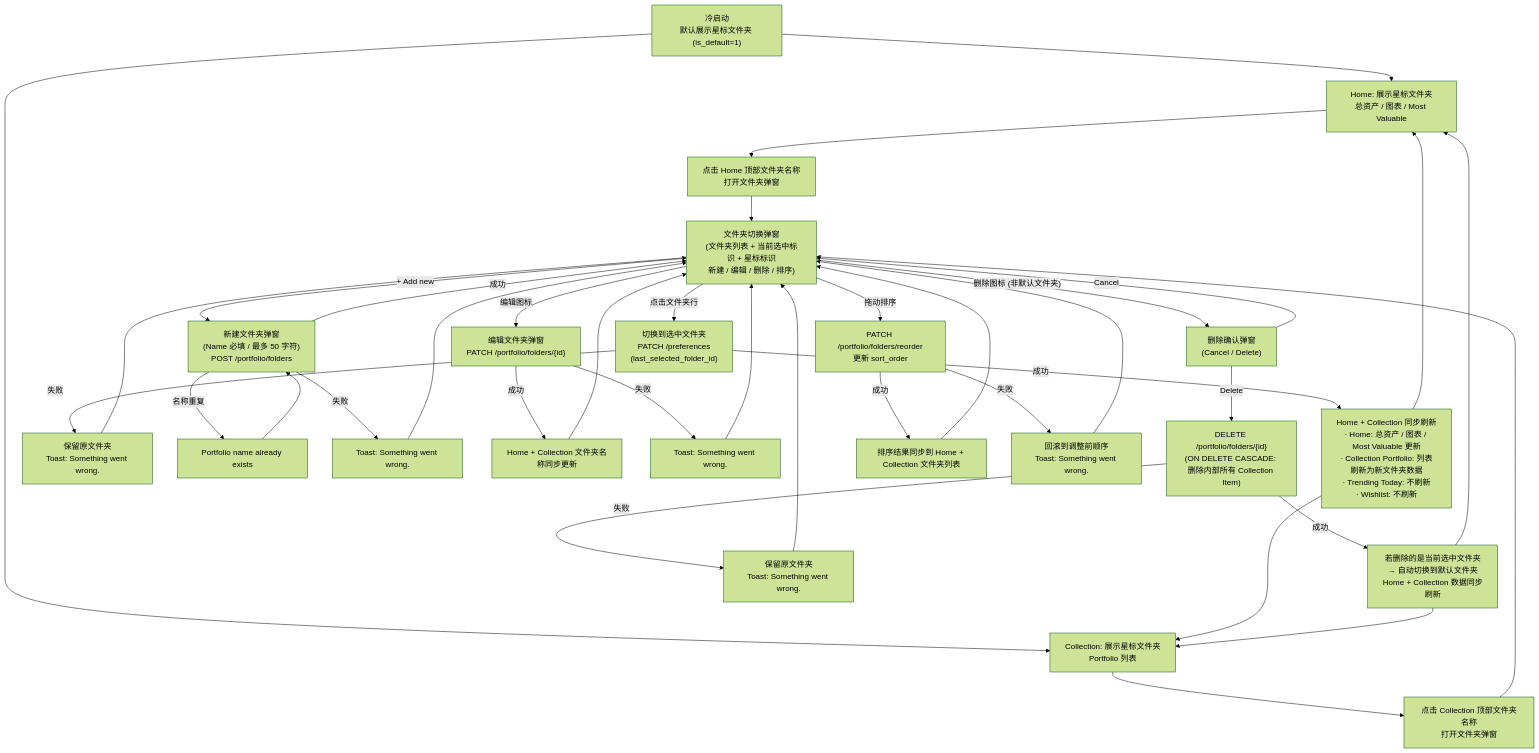
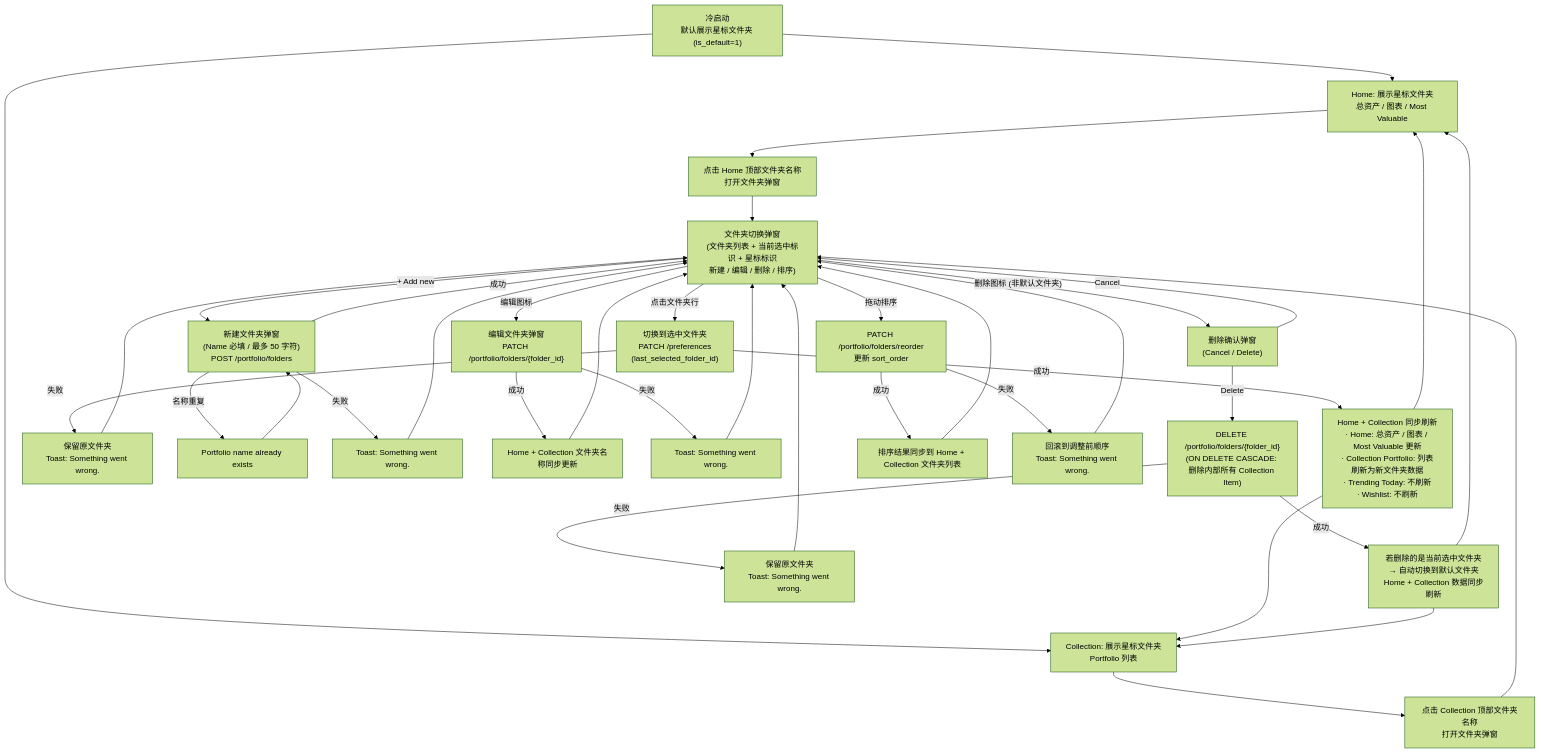
Before and after one commit to kando6370-wq/toccards: the fifth of 6 diagrams in docs/tcg-card/01-flows/flows.md, drawn with Mermaid (forest theme). The commit also changed other lines of this file and 1 other file, not shown here.

````diff
--- a/docs/tcg-card/01-flows/flows.md
+++ b/docs/tcg-card/01-flows/flows.md
@@ -298,48 +302,48 @@
 ```mermaid
 flowchart TD
     COLD_START["冷启动\n默认展示星标文件夹 (is_default=1)"]
     COLD_START --> HOME_SHOW["Home: 展示星标文件夹\n总资产 / 图表 / Most Valuable"]
     COLD_START --> COL_SHOW["Collection: 展示星标文件夹\nPortfolio 列表"]
 
     HOME_SHOW --> CLICK_FOLDER_HOME["点击 Home 顶部文件夹名称\n打开文件夹弹窗"]
     COL_SHOW --> CLICK_FOLDER_COL["点击 Collection 顶部文件夹名称\n打开文件夹弹窗"]
 
     CLICK_FOLDER_HOME --> FOLDER_MODAL["文件夹切换弹窗\n(文件夹列表 + 当前选中标识 + 星标标识\n新建 / 编辑 / 删除 / 排序)"]
     CLICK_FOLDER_COL --> FOLDER_MODAL
 
     FOLDER_MODAL -->|"点击文件夹行"| SWITCH_FOLDER["切换到选中文件夹\nPATCH /preferences\n(last_selected_folder_id)"]
     SWITCH_FOLDER -->|"成功"| REFRESH_BOTH["Home + Collection 同步刷新\n· Home: 总资产 / 图表 / Most Valuable 更新\n· Collection Portfolio: 列表刷新为新文件夹数据\n· Trending Today: 不刷新\n· Wishlist: 不刷新"]
     SWITCH_FOLDER -->|"失败"| SWITCH_FAIL["保留原文件夹\nToast: Something went wrong."]
     SWITCH_FAIL --> FOLDER_MODAL
 
     FOLDER_MODAL -->|"+ Add new"| NEW_FOLDER["新建文件夹弹窗\n(Name 必填 / 最多 50 字符)\nPOST /portfolio/folders"]
     NEW_FOLDER -->|"成功"| FOLDER_MODAL
     NEW_FOLDER -->|"名称重复"| DUP_ERR["Portfolio name already exists"]
     DUP_ERR --> NEW_FOLDER
     NEW_FOLDER -->|"失败"| NEW_FAIL["Toast: Something went wrong."]
     NEW_FAIL --> FOLDER_MODAL
 
-    FOLDER_MODAL -->|"编辑图标"| EDIT_FOLDER["编辑文件夹弹窗\nPATCH /portfolio/folders/{id}"]
+    FOLDER_MODAL -->|"编辑图标"| EDIT_FOLDER["编辑文件夹弹窗\nPATCH /portfolio/folders/{folder_id}"]
     EDIT_FOLDER -->|"成功"| FOLDER_NAME_SYNC["Home + Collection 文件夹名称同步更新"]
     FOLDER_NAME_SYNC --> FOLDER_MODAL
     EDIT_FOLDER -->|"失败"| EDIT_FAIL["Toast: Something went wrong."]
     EDIT_FAIL --> FOLDER_MODAL
 
     FOLDER_MODAL -->|"删除图标 (非默认文件夹)"| DELETE_CONFIRM["删除确认弹窗\n(Cancel / Delete)"]
     DELETE_CONFIRM -->|"Cancel"| FOLDER_MODAL
-    DELETE_CONFIRM -->|"Delete"| DEL_FOLDER["DELETE /portfolio/folders/{id}\n(ON DELETE CASCADE: 删除内部所有 Collection Item)"]
+    DELETE_CONFIRM -->|"Delete"| DEL_FOLDER["DELETE /portfolio/folders/{folder_id}\n(ON DELETE CASCADE: 删除内部所有 Collection Item)"]
     DEL_FOLDER -->|"成功"| DEL_OK["若删除的是当前选中文件夹\n→ 自动切换到默认文件夹\nHome + Collection 数据同步刷新"]
     DEL_FOLDER -->|"失败"| DEL_FAIL["保留原文件夹\nToast: Something went wrong."]
     DEL_FAIL --> FOLDER_MODAL
 
     REFRESH_BOTH --> HOME_SHOW
     REFRESH_BOTH --> COL_SHOW
     DEL_OK --> HOME_SHOW
     DEL_OK --> COL_SHOW
 
     FOLDER_MODAL -->|"拖动排序"| REORDER["PATCH /portfolio/folders/reorder\n更新 sort_order"]
     REORDER -->|"成功"| ORDER_SYNC["排序结果同步到 Home + Collection 文件夹列表"]
     ORDER_SYNC --> FOLDER_MODAL
     REORDER -->|"失败"| REORDER_FAIL["回滚到调整前顺序\nToast: Something went wrong."]
     REORDER_FAIL --> FOLDER_MODAL
 ```
````
